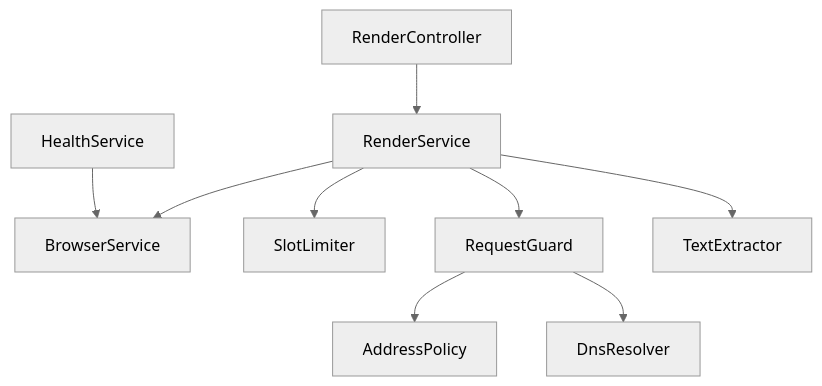
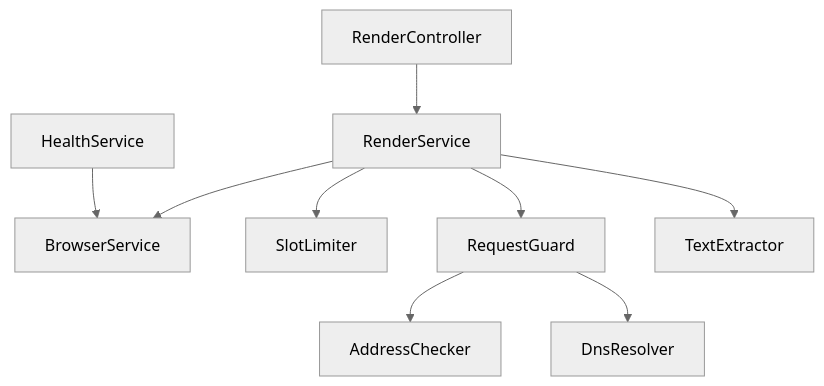
The second of 5 diagrams in docs/ARCHITECTURE.md (Luxion07/sitegap-renderer), drawn with Mermaid (neutral theme) before and after one commit. The commit also changed other lines of this file and 12 other files, not shown here.

First line of the commit message:
feat(safety): add AddressChecker, DnsResolver, and UrlSafetyService

````diff
--- a/docs/ARCHITECTURE.md
+++ b/docs/ARCHITECTURE.md
@@ -66,21 +66,21 @@
 ```mermaid
 flowchart TB
   Controller[RenderController]
   Service[RenderService]
   Browser[BrowserService]
   Slots[SlotLimiter]
   Guard[RequestGuard]
-  Policy[AddressPolicy]
+  Checker[AddressChecker]
   Dns[DnsResolver]
   Extractor[TextExtractor]
   Health[HealthService]
 
   Controller --> Service
   Service --> Slots
   Service --> Browser
   Service --> Guard
   Service --> Extractor
-  Guard --> Policy
+  Guard --> Checker
   Guard --> Dns
   Health --> Browser
 ```
````
